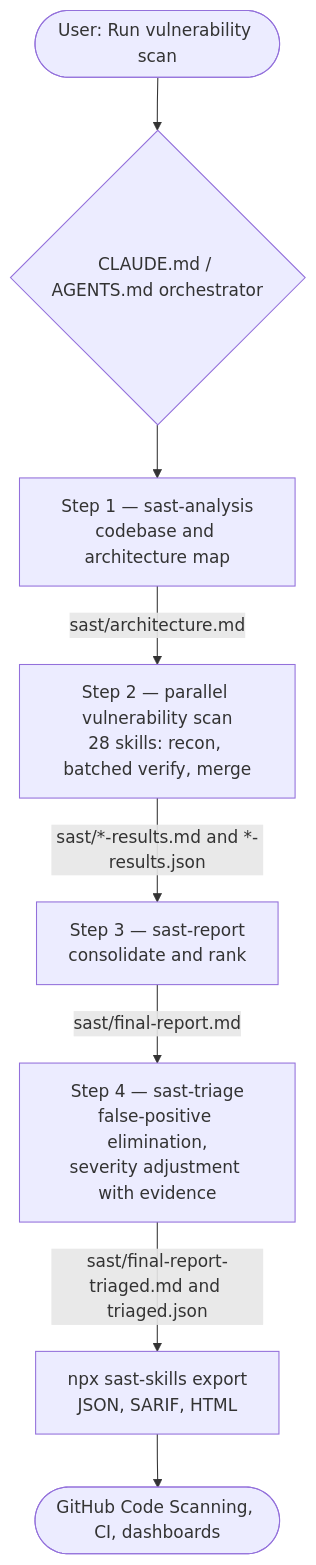
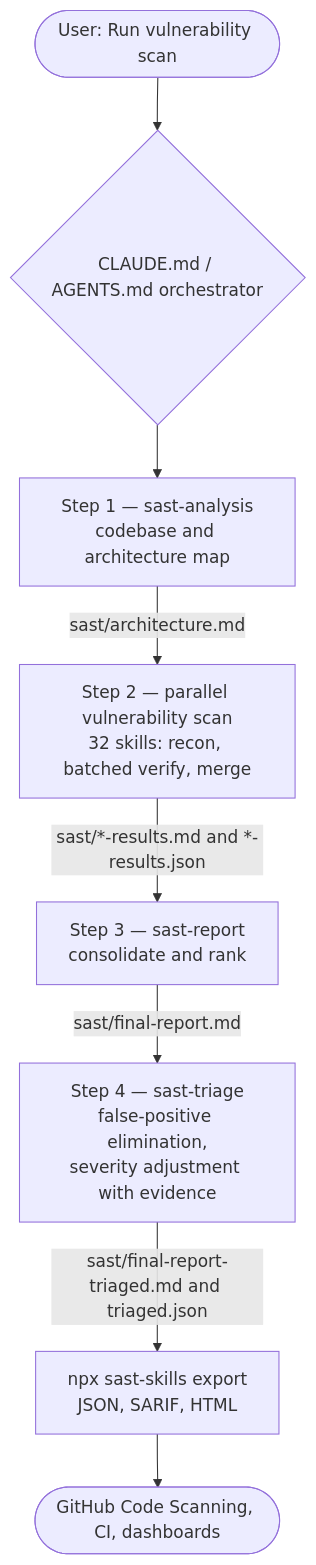
One commit to mstfknn/sast-skills changed the diagram in README.md. Above: the diagram before and after it, drawn with Mermaid. The commit also changed other lines of this file and 11 other files, not shown here.

````diff
--- a/README.md
+++ b/README.md
@@ -62,10 +62,10 @@
 ```mermaid
 flowchart TD
     U(["User: Run vulnerability scan"]) --> R{"CLAUDE.md / AGENTS.md orchestrator"}
     R --> S1["Step 1 — sast-analysis<br/>codebase and architecture map"]
-    S1 -->|sast/architecture.md| S2["Step 2 — parallel vulnerability scan<br/>28 skills: recon, batched verify, merge"]
+    S1 -->|sast/architecture.md| S2["Step 2 — parallel vulnerability scan<br/>32 skills: recon, batched verify, merge"]
     S2 -->|sast/*-results.md and *-results.json| S3["Step 3 — sast-report<br/>consolidate and rank"]
     S3 -->|sast/final-report.md| S4["Step 4 — sast-triage<br/>false-positive elimination,<br/>severity adjustment with evidence"]
     S4 -->|sast/final-report-triaged.md and triaged.json| EXP["npx sast-skills export<br/>JSON, SARIF, HTML"]
     EXP --> CS(["GitHub Code Scanning, CI, dashboards"])
 ```
````
